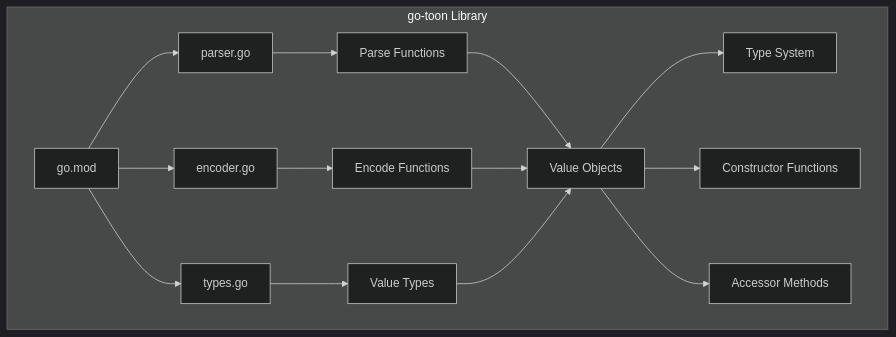
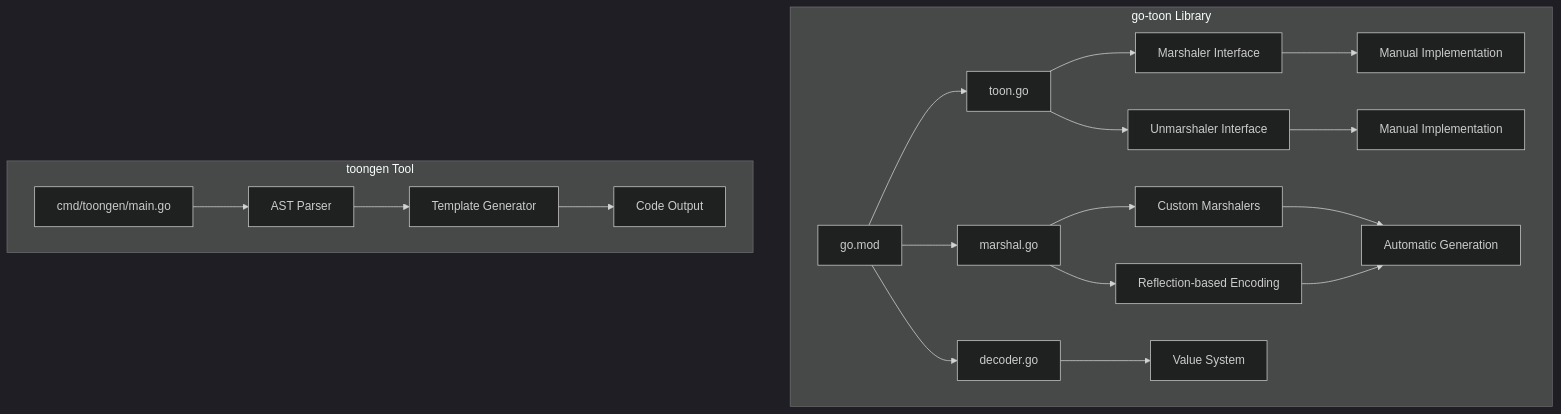
Before and after one commit to OTumanov/go-toon: the first of 8 diagrams in .qoder/repowiki/en/content/Getting Started.md, drawn with Mermaid (dark theme). The commit also changed other lines of this file and 11 other files, not shown here.

First line of the commit message:
feat: add Pre-flight Schema + Token Calculator to toongen

````diff
--- a/.qoder/repowiki/en/content/Getting Started.md
+++ b/.qoder/repowiki/en/content/Getting Started.md
@@ -34,17 +44,22 @@
 ```mermaid
 graph TB
 subgraph "go-toon Library"
-A[go.mod] --> B[parser.go]
-A --> C[encoder.go]
-A --> D[types.go]
-B --> E[Parse Functions]
-C --> F[Encode Functions]
-D --> G[Value Types]
-E --> H[Value Objects]
-F --> H
-G --> H
-H --> I[Type System]
-H --> J[Constructor Functions]
-H --> K[Accessor Methods]
+A[go.mod] --> B[toon.go]
+A --> C[marshal.go]
+A --> D[decoder.go]
+B --> E[Marshaler Interface]
+B --> F[Unmarshaler Interface]
+C --> G[Custom Marshalers]
+C --> H[Reflection-based Encoding]
+D --> I[Value System]
+E --> J[Manual Implementation]
+F --> K[Manual Implementation]
+G --> L[Automatic Generation]
+H --> L
+end
+subgraph "toongen Tool"
+M[cmd/toongen/main.go] --> N[AST Parser]
+N --> O[Template Generator]
+O --> P[Code Output]
 end
 ```
````
